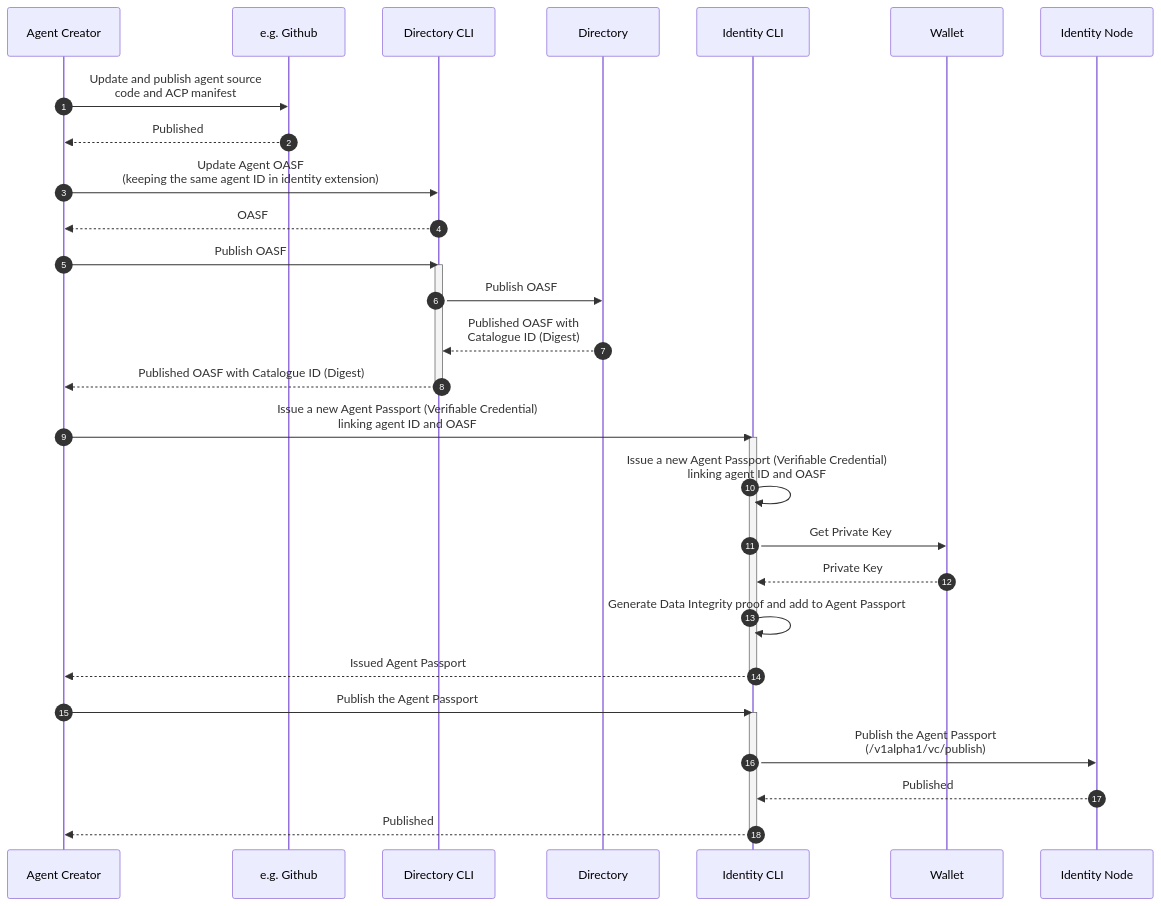
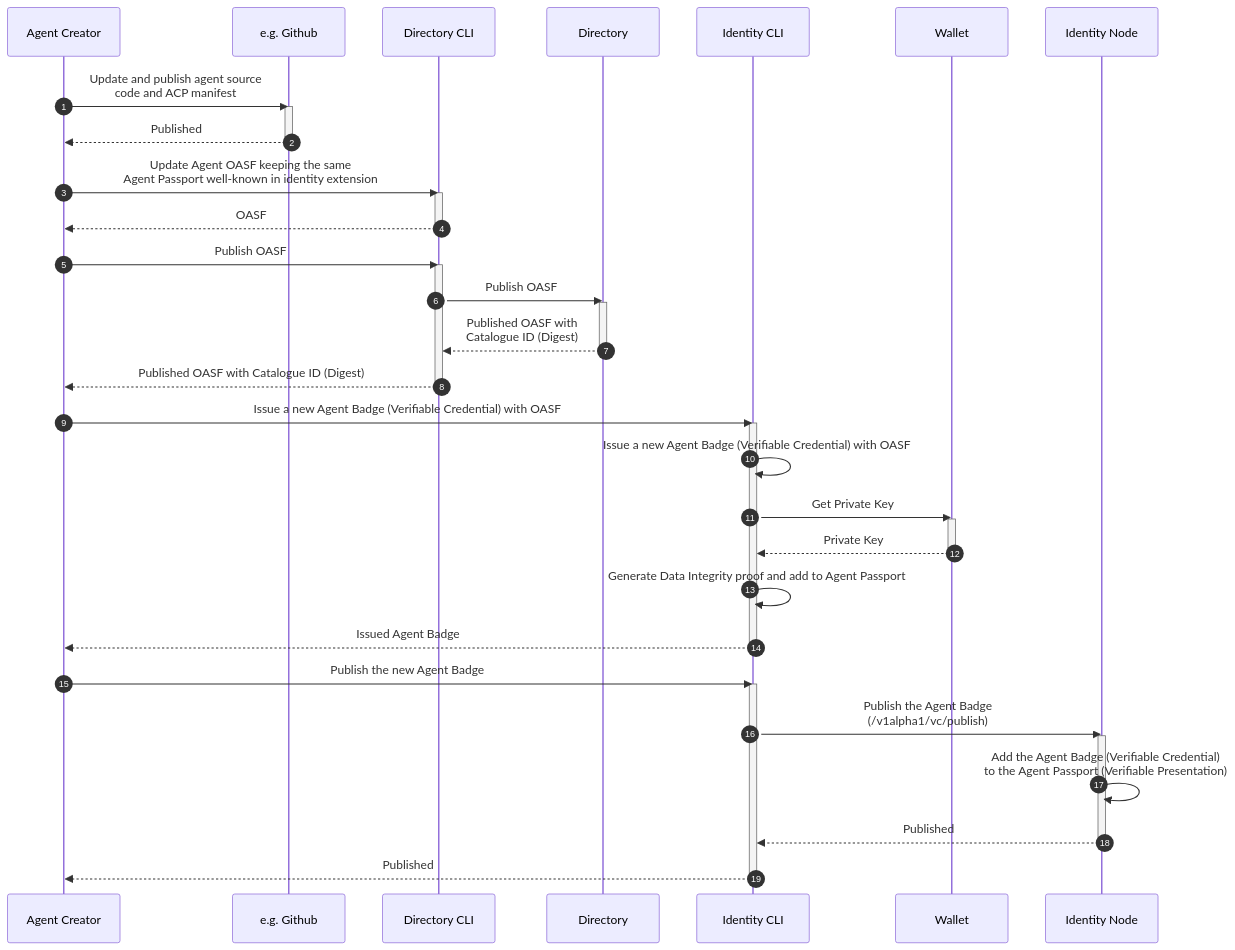
One commit to agntcy/identity-spec changed the second of 4 diagrams in docs-src/docs/specs/flows/agntcy.md. Above: the diagram before and after it, drawn with Mermaid. The commit also changed other lines of this file, not shown here.

Commit message:
feat: update update flow

````diff
--- a/docs-src/docs/specs/flows/agntcy.md
+++ b/docs-src/docs/specs/flows/agntcy.md
@@ -69,38 +79,49 @@
 ```mermaid
 sequenceDiagram
 autonumber
 
 % Update an existing agent
 Agent Creator->>e.g. Github: Update and publish agent source<br/>code and ACP manifest
+activate e.g. Github
 e.g. Github-->>Agent Creator: Published
+deactivate e.g. Github
 
 % Update the agent's OASF
-Agent Creator->>Directory CLI: Update Agent OASF<br/>(keeping the same agent ID in identity extension)
+Agent Creator->>Directory CLI: Update Agent OASF keeping the same<br/>Agent Passport well-known in identity extension
+activate Directory CLI
 Directory CLI-->>Agent Creator: OASF
+deactivate Directory CLI
 
 % Publish agent OASF
 Agent Creator->>Directory CLI: Publish OASF
 activate Directory CLI
 Directory CLI->>Directory: Publish OASF
+activate Directory
 Directory-->>Directory CLI: Published OASF with<br/>Catalogue ID (Digest)
+deactivate Directory
 Directory CLI-->>Agent Creator: Published OASF with Catalogue ID (Digest)
 deactivate Directory CLI
 
 % Create a new Verifiable Credential linking agent ID + OASF
-Agent Creator->>Identity CLI: Issue a new Agent Passport (Verifiable Credential)<br/>linking agent ID and OASF
+Agent Creator->>Identity CLI: Issue a new Agent Badge (Verifiable Credential) with OASF
 activate Identity CLI
-Identity CLI->>Identity CLI: Issue a new Agent Passport (Verifiable Credential)<br/>linking agent ID and OASF
+Identity CLI->>Identity CLI: Issue a new Agent Badge (Verifiable Credential) with OASF
 Identity CLI->>Wallet: Get Private Key
+activate Wallet
 Wallet-->>Identity CLI: Private Key
+deactivate Wallet
 Identity CLI->>Identity CLI: Generate Data Integrity proof and add to Agent Passport
-Identity CLI-->>Agent Creator: Issued Agent Passport
+Identity CLI-->>Agent Creator: Issued Agent Badge
 deactivate Identity CLI
 
 % Publish the Verifiable Credential
-Agent Creator->>Identity CLI: Publish the Agent Passport
+Agent Creator->>Identity CLI: Publish the new Agent Badge
 activate Identity CLI
-Identity CLI->>Identity Node: Publish the Agent Passport<br/>(/v1alpha1/vc/publish)
+Identity CLI->>Identity Node: Publish the Agent Badge<br/>(/v1alpha1/vc/publish)
+activate Identity Node
+Identity Node->>Identity Node: Add the Agent Badge (Verifiable Credential)<br/>to the Agent Passport (Verifiable Presentation)
 Identity Node-->>Identity CLI: Published
+deactivate Identity Node
 Identity CLI-->>Agent Creator: Published
 deactivate Identity CLI
 ```
````
